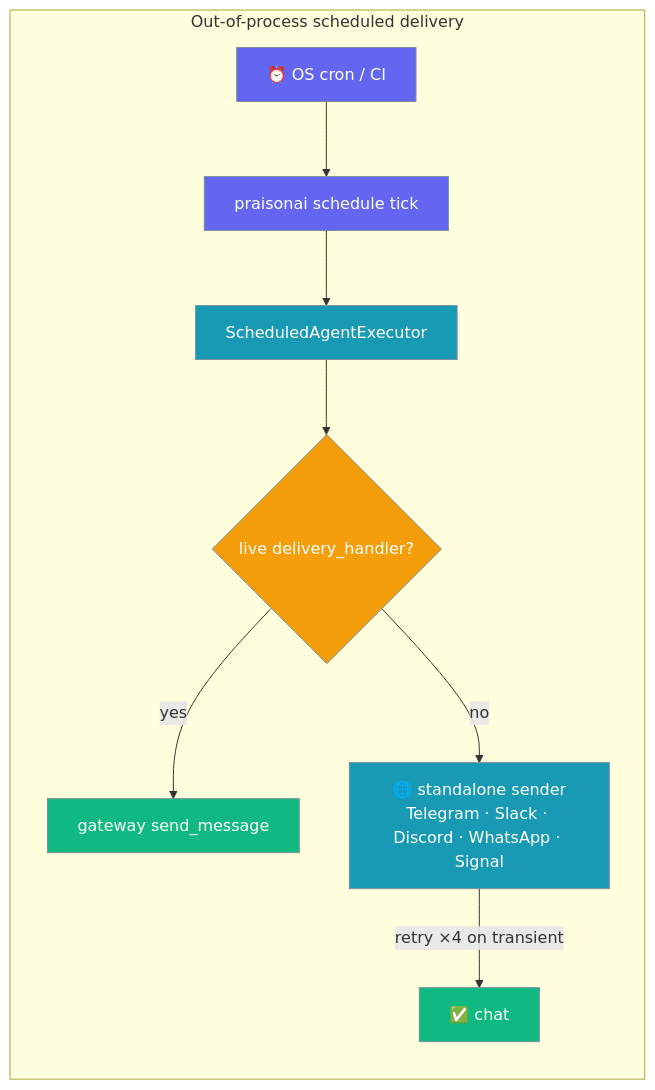
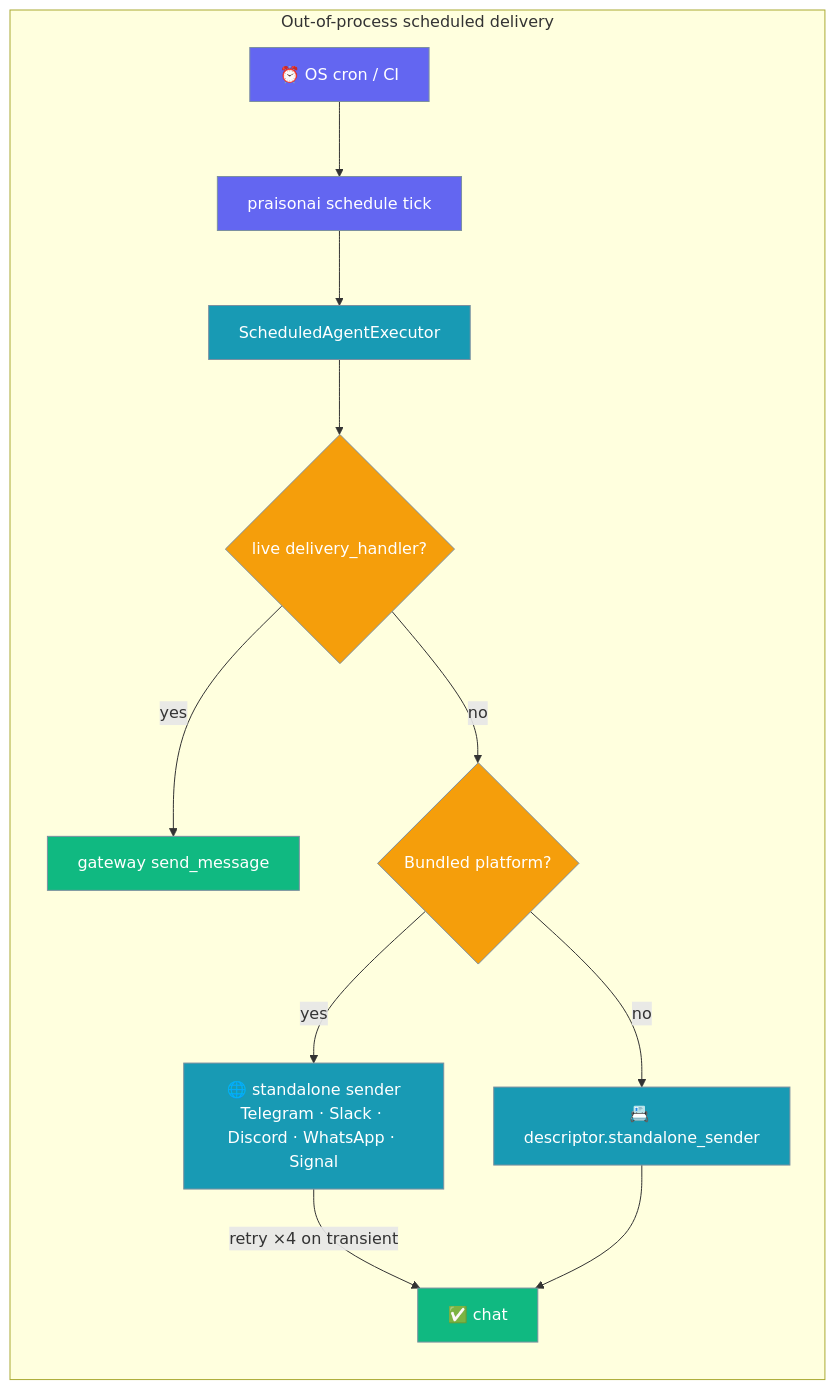
One commit to MervinPraison/PraisonAIDocs changed the fifth of 17 diagrams in docs/features/scheduler-delivery.mdx. Above: the diagram before and after it, drawn with Mermaid. The commit also changed other lines of this file and 5 other files, not shown here.

Commit message:
fix: document ChannelDescriptor standalone_sender for gateway-less plugin delivery (fixes #4798)

````diff
--- a/docs/features/scheduler-delivery.mdx
+++ b/docs/features/scheduler-delivery.mdx
@@ -348,21 +348,24 @@
 ```mermaid
 graph LR
     subgraph "Out-of-process scheduled delivery"
         Cron[⏰ OS cron / CI] --> Tick[praisonai schedule tick]
         Tick --> Exec[ScheduledAgentExecutor]
         Exec --> Live{live delivery_handler?}
         Live -- yes --> LiveOK[gateway send_message]
-        Live -- no --> Standalone[🌐 standalone sender<br/>Telegram · Slack · Discord · WhatsApp · Signal]
+        Live -- no --> Bundled{Bundled platform?}
+        Bundled -- yes --> Standalone[🌐 standalone sender<br/>Telegram · Slack · Discord · WhatsApp · Signal]
+        Bundled -- no --> Plugin[📇 descriptor.standalone_sender]
         Standalone -- retry ×4 on transient --> Chat[✅ chat]
+        Plugin --> Chat
     end
 
     classDef trigger fill:#6366F1,stroke:#7C90A0,color:#fff
     classDef process fill:#189AB4,stroke:#7C90A0,color:#fff
     classDef branch  fill:#F59E0B,stroke:#7C90A0,color:#fff
     classDef out     fill:#10B981,stroke:#7C90A0,color:#fff
 
     class Cron,Tick trigger
-    class Exec,Standalone process
-    class Live branch
+    class Exec,Standalone,Plugin process
+    class Live,Bundled branch
     class LiveOK,Chat out
 ```
````
